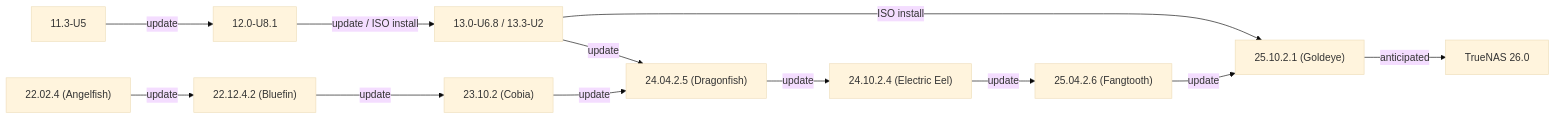
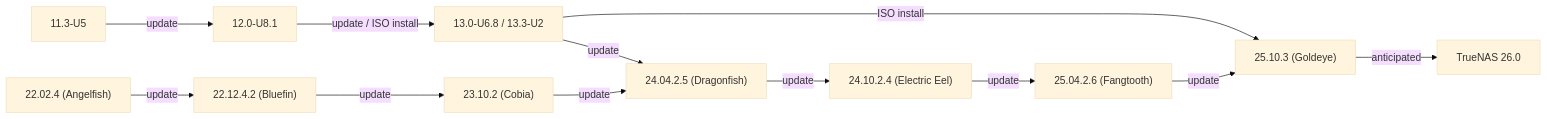
Before and after one commit to truenas/documentation: the first of 2 diagrams in static/includes/SCALEUpgradePaths.md, drawn with Mermaid (base theme). The commit also changed 10 other files, not shown here.

```diff
--- a/static/includes/SCALEUpgradePaths.md
+++ b/static/includes/SCALEUpgradePaths.md
@@ -21,15 +21,15 @@
             {{< mermaid class="mermaid_sizing" >}}
             flowchart LR
               A["11.3-U5"] -->|update| B["12.0-U8.1"]
               B -->|"update / ISO install"| C["13.0-U6.8 / 13.3-U2"]
               C -->|update| G
               C -->|ISO install| J
               D["22.02.4 (Angelfish)"] -->|update| E
               E["22.12.4.2 (Bluefin)"] -->|update| F
               F["23.10.2 (Cobia)"] -->|update| G
               G["24.04.2.5 (Dragonfish)"] -->|update| H
               H["24.10.2.4 (Electric Eel)"] -->|update| I
               I["25.04.2.6 (Fangtooth)"] -->|update| J
-              J["25.10.2.1 (Goldeye)"] -->|"anticipated"| K
+              J["25.10.3 (Goldeye)"] -->|"anticipated"| K
               K["TrueNAS 26.0"]
             {{< /mermaid >}}
```
